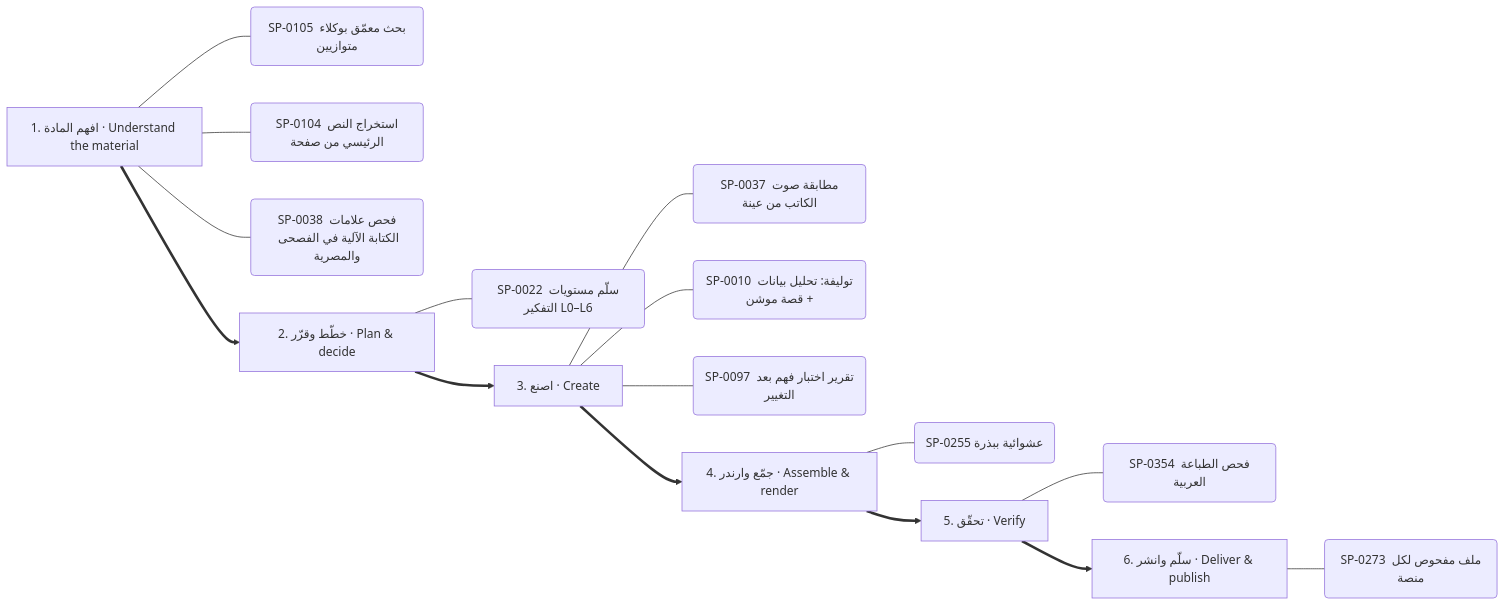
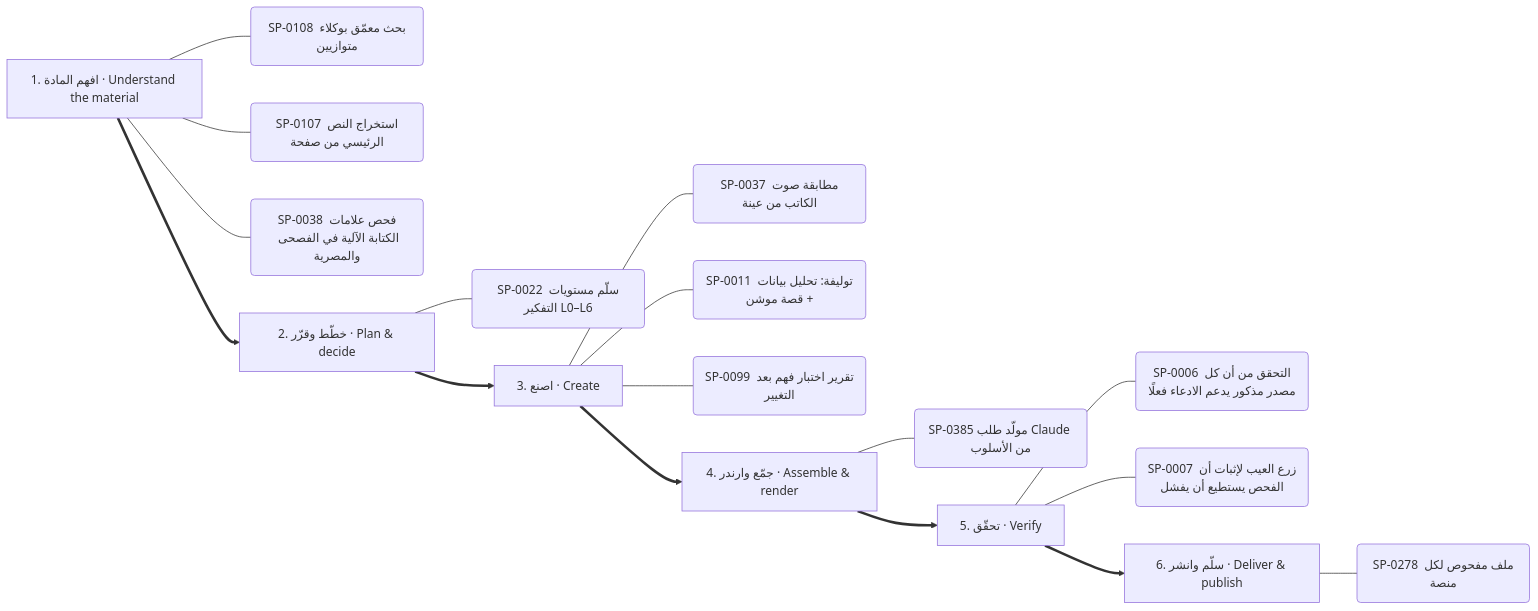
Diagram 13 of 13 in .claude/skills/kosif-superpowers/references/capability-mindmap.md (kosif199022-jpg/kosif-tool), drawn with Mermaid before and after one commit. The commit also changed other lines of this file and 376 other files, not shown here.

````diff
--- a/.claude/skills/kosif-superpowers/references/capability-mindmap.md
+++ b/.claude/skills/kosif-superpowers/references/capability-mindmap.md
@@ -637,24 +642,25 @@
 ```mermaid
 flowchart LR
   S0["1. افهم المادة · Understand the material"]
-  S0 --- S0_0("SP-0105 بحث معمّق بوكلاء متوازيين")
-  S0 --- S0_1("SP-0104 استخراج النص الرئيسي من صفحة")
+  S0 --- S0_0("SP-0108 بحث معمّق بوكلاء متوازيين")
+  S0 --- S0_1("SP-0107 استخراج النص الرئيسي من صفحة")
   S0 --- S0_2("SP-0038 فحص علامات الكتابة الآلية في الفصحى والمصرية")
   S1["2. خطّط وقرّر · Plan & decide"]
   S1 --- S1_0("SP-0022 سلّم مستويات التفكير L0–L6")
   S0 ==> S1
   S2["3. اصنع · Create"]
   S2 --- S2_0("SP-0037 مطابقة صوت الكاتب من عينة")
-  S2 --- S2_1("SP-0010 توليفة: تحليل بيانات + قصة موشن")
-  S2 --- S2_2("SP-0097 تقرير اختبار فهم بعد التغيير")
+  S2 --- S2_1("SP-0011 توليفة: تحليل بيانات + قصة موشن")
+  S2 --- S2_2("SP-0099 تقرير اختبار فهم بعد التغيير")
   S1 ==> S2
   S3["4. جمّع وارندر · Assemble & render"]
-  S3 --- S3_0("SP-0255 عشوائية ببذرة")
+  S3 --- S3_0("SP-0385 مولّد طلب Claude من الأسلوب")
   S2 ==> S3
   S4["5. تحقّق · Verify"]
-  S4 --- S4_0("SP-0354 فحص الطباعة العربية")
+  S4 --- S4_0("SP-0006 التحقق من أن كل مصدر مذكور يدعم الادعاء فعلًا")
+  S4 --- S4_1("SP-0007 زرع العيب لإثبات أن الفحص يستطيع أن يفشل")
   S3 ==> S4
   S5["6. سلّم وانشر · Deliver & publish"]
-  S5 --- S5_0("SP-0273 ملف مفحوص لكل منصة")
+  S5 --- S5_0("SP-0278 ملف مفحوص لكل منصة")
   S4 ==> S5
 ```
````
